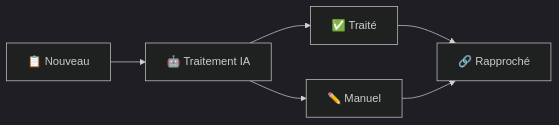
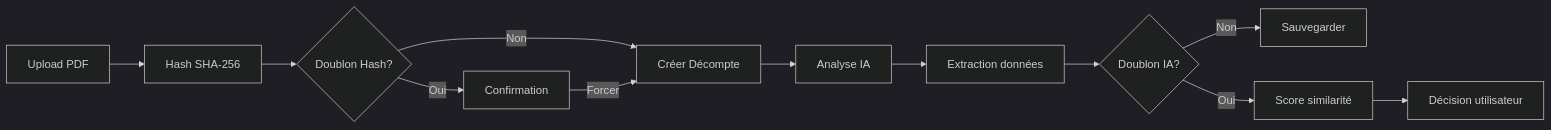
One commit to Wamphyro/Orixis-pwa changed the diagram in modules/decompte-mutuelle/README.md. Above: the diagram before and after it, drawn with Mermaid (dark theme). The commit also changed other lines of this file and 36 other files, not shown here.

````diff
--- a/modules/decompte-mutuelle/README.md
+++ b/modules/decompte-mutuelle/README.md
@@ -86,8 +118,14 @@
 ```mermaid
 graph LR
-    A[📋 Nouveau] --> B[🤖 Traitement IA]
-    B --> C[✅ Traité]
-    B --> D[✏️ Manuel]
-    C --> E[🔗 Rapproché]
-    D --> E
+    A[Upload PDF] --> B[Hash SHA-256]
+    B --> C{Doublon Hash?}
+    C -->|Non| D[Créer Décompte]
+    C -->|Oui| E[Confirmation]
+    E -->|Forcer| D
+    D --> F[Analyse IA]
+    F --> G[Extraction données]
+    G --> H{Doublon IA?}
+    H -->|Non| I[Sauvegarder]
+    H -->|Oui| J[Score similarité]
+    J --> K[Décision utilisateur]
 ```
````
